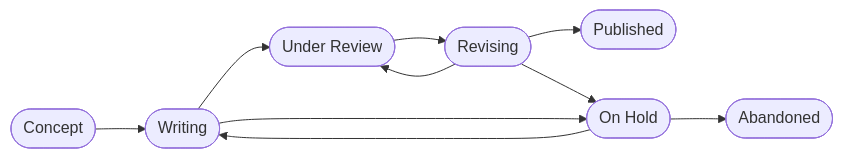
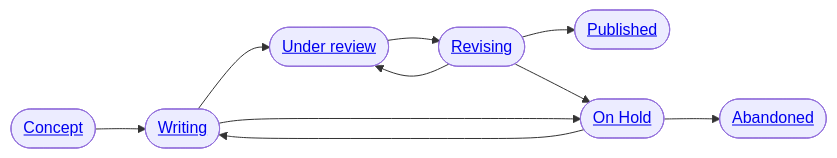
One commit to digital-work-lab/handbook changed the diagram in docs/20-research/index.md. Above: the diagram before and after it, drawn with Mermaid.

````diff
--- a/docs/20-research/index.md
+++ b/docs/20-research/index.md
@@ -14,14 +14,14 @@
 ```mermaid
 
 flowchart LR
-    Concept([Concept]) --> Writing([Writing])
-    Writing --> UnderReview([Under Review])
-    UnderReview --> Revising([Revising])
+    Concept(["<a href='#concept'>Concept</a>"]) --> Writing(["<a href='#writing'>Writing</a>"])
+    Writing --> UnderReview(["<a href='#under-review'>Under review</a>"])
+    UnderReview --> Revising(["<a href='#revising'>Revising</a>"])
     Revising --> UnderReview
-    Revising --> Published([Published])
-    Writing --> OnHold([On Hold])
+    Revising --> Published(["<a href='#published'>Published</a>"])
+    Writing --> OnHold(["<a href='#on-hold'>On Hold</a>"])
     Revising --> OnHold
-    OnHold --> Abandoned([Abandoned])
+    OnHold --> Abandoned(["<a href='#abandoned'>Abandoned</a>"])
     OnHold --> Writing
 
 ```
````
